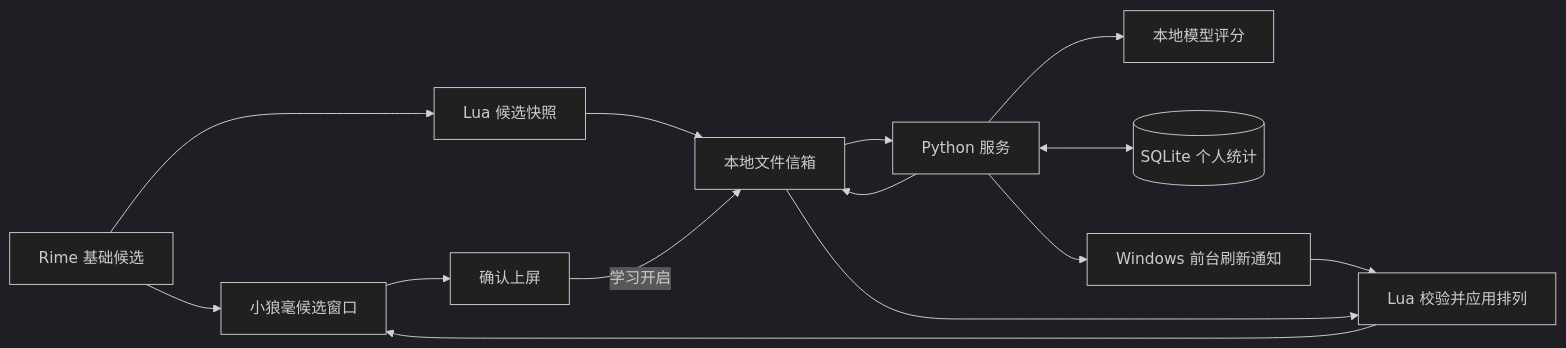
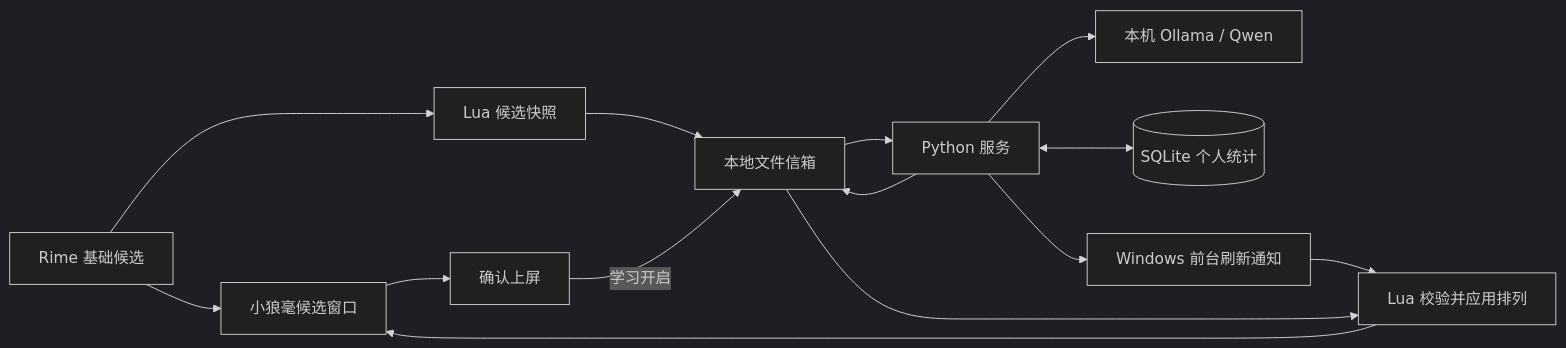
One commit to feli77/smart-im changed the diagram in docs/ARCHITECTURE.md. Above: the diagram before and after it, drawn with Mermaid (dark theme). The commit also changed other lines of this file and 22 other files, not shown here.

First line of the commit message:
refactor(models): retain only Ollama Qwen reranking

````diff
--- a/docs/ARCHITECTURE.md
+++ b/docs/ARCHITECTURE.md
@@ -5,16 +5,16 @@
 ```mermaid
 flowchart LR
     R[Rime 基础候选] --> UI[小狼毫候选窗口]
     R --> L[Lua 候选快照]
     L --> F[本地文件信箱]
     F --> S[Python 服务]
-    S --> M[本地模型评分]
+    S --> M[本机 Ollama / Qwen]
     S <--> P[(SQLite 个人统计)]
     S --> F
     S --> N[Windows 前台刷新通知]
     N --> T[Lua 校验并应用排列]
     F --> T
     T --> UI
     UI --> C[确认上屏]
     C -->|学习开启| F
 ```
````
